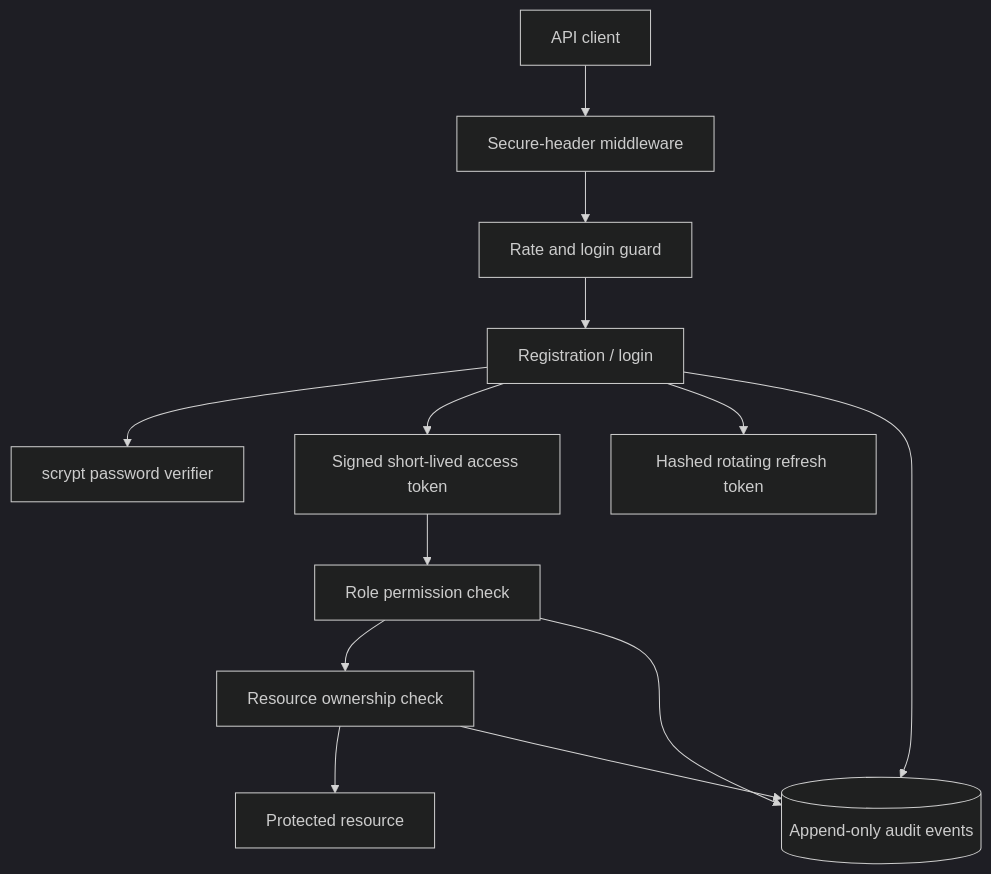
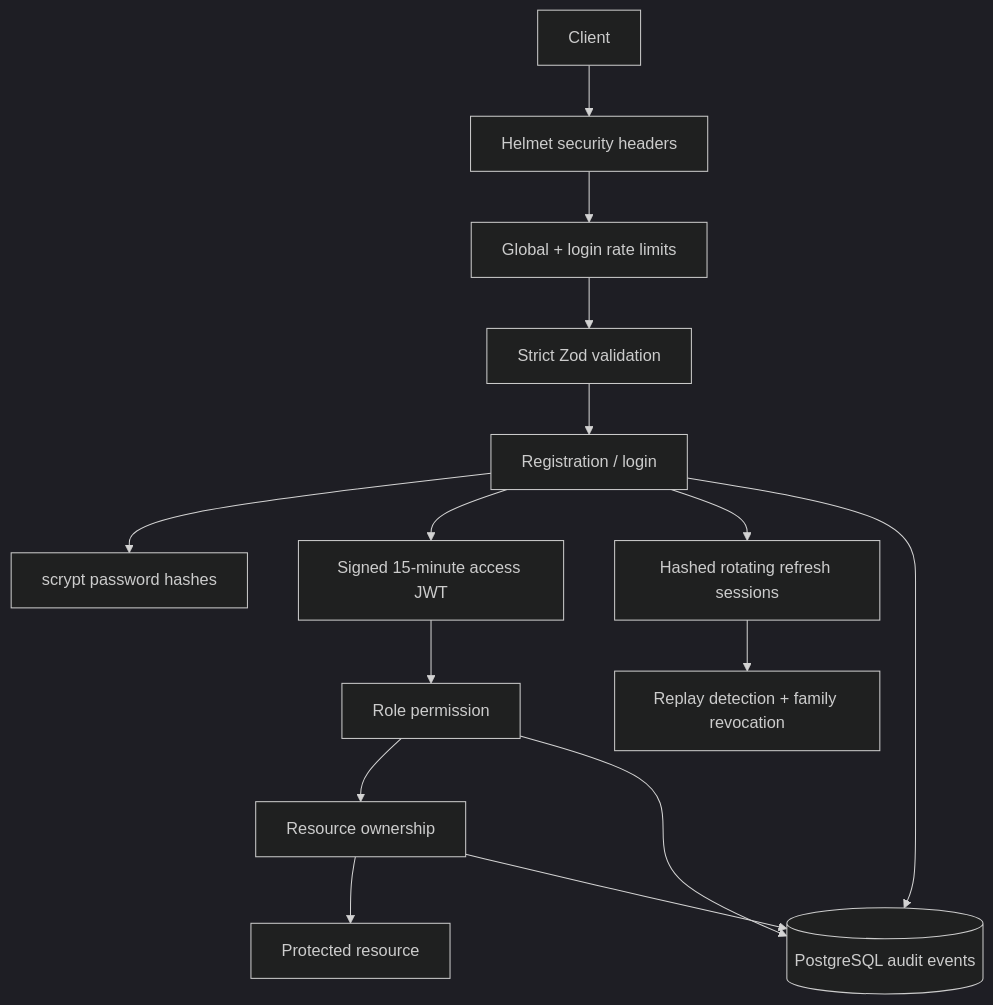
The diagram in README.md (munashekwarai/trustgate-api), drawn with Mermaid (dark theme) before and after one commit. The commit also changed other lines of this file and 25 other files, not shown here.

Commit message:
feat: implement secure TypeScript identity API

````diff
--- a/README.md
+++ b/README.md
@@ -21,13 +29,15 @@
 ```mermaid
 flowchart TB
-  Client[API client] --> Headers[Secure-header middleware]
-  Headers --> Limit[Rate and login guard]
-  Limit --> Auth[Registration / login]
-  Auth --> Password[scrypt password verifier]
-  Auth --> Access[Signed short-lived access token]
-  Auth --> Refresh[Hashed rotating refresh token]
-  Access --> RBAC[Role permission check]
-  RBAC --> Owner[Resource ownership check]
-  Owner --> Resource[Protected resource]
-  Auth & RBAC & Owner --> Audit[(Append-only audit events)]
+ Client --> Headers[Helmet security headers]
+ Headers --> Rate[Global + login rate limits]
+ Rate --> Validate[Strict Zod validation]
+ Validate --> Auth[Registration / login]
+ Auth --> Password[scrypt password hashes]
+ Auth --> Access[Signed 15-minute access JWT]
+ Auth --> Refresh[Hashed rotating refresh sessions]
+ Access --> RBAC[Role permission]
+ RBAC --> Owner[Resource ownership]
+ Owner --> Resource[Protected resource]
+ Auth & RBAC & Owner --> Audit[(PostgreSQL audit events)]
+ Refresh --> Replay[Replay detection + family revocation]
 ```
````
